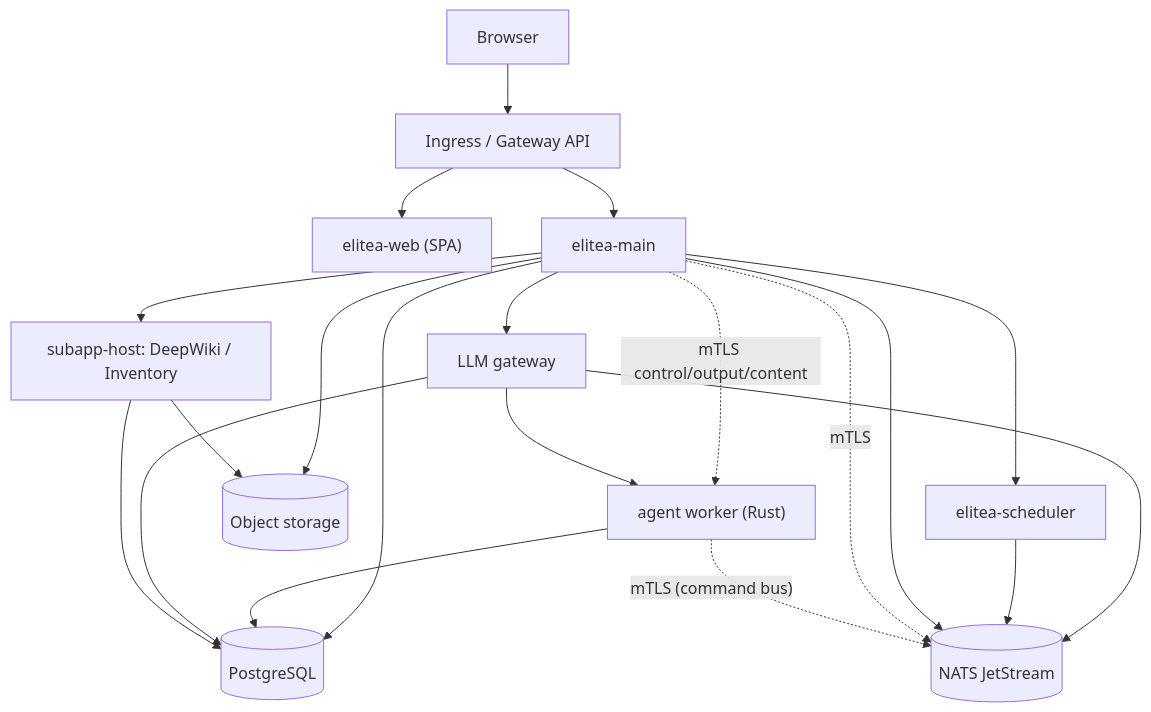
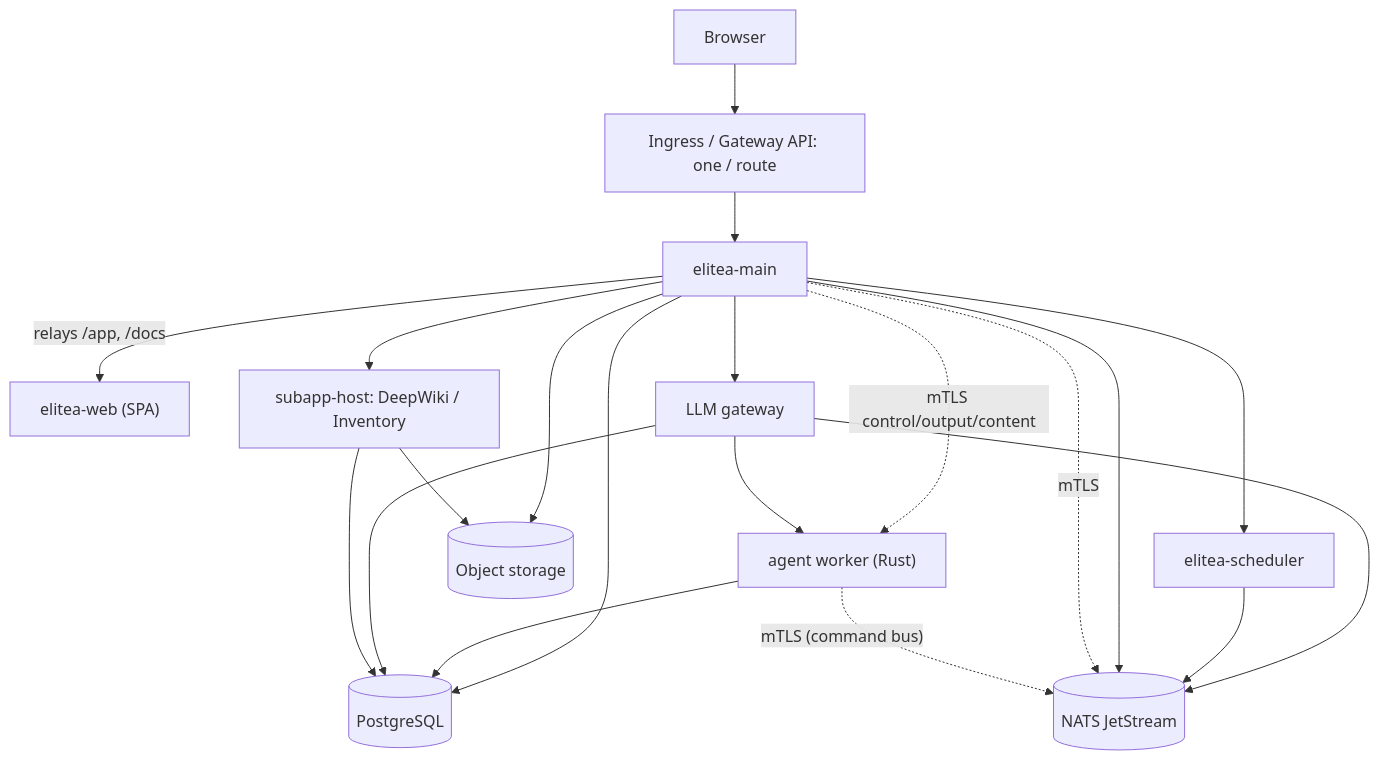
The diagram in apps/elitea-web/src/entries/docs/content/deployment/overview.mdx (elitea-ng/elitea-platform), drawn with Mermaid before and after one commit. The commit also changed other lines of this file and 283 other files, not shown here.

First line of the commit message:
feat(helm)!: one chart (NATS + Qdrant as chart dependencies, optional KEDA), single edge route, whole product by default, GKE + Argo CD guide (#1390)

````diff
--- a/apps/elitea-web/src/entries/docs/content/deployment/overview.mdx
+++ b/apps/elitea-web/src/entries/docs/content/deployment/overview.mdx
@@ -14,27 +14,27 @@
 ```mermaid
 flowchart TB
-    Browser["Browser"] --> Edge["Ingress / Gateway API"]
-    Edge --> Web["elitea-web (SPA)"]
+    Browser["Browser"] --> Edge["Ingress / Gateway API: one / route"]
     Edge --> Main["elitea-main"]
+    Main -->|"relays /app, /docs"| Web["elitea-web (SPA)"]
 
     Main --> Gateway["LLM gateway"]
     Main --> Scheduler["elitea-scheduler"]
     Main --> SubappHost["subapp-host: DeepWiki / Inventory"]
     Main -. mTLS control/output/content .-> Worker["agent worker (Rust)"]
 
     Gateway --> Worker
     Gateway --> NATS[("NATS JetStream")]
     Scheduler --> NATS
 
     Main --> DB[("PostgreSQL")]
     Worker --> DB
     Gateway --> DB
     SubappHost --> DB
 
     Main --> NATS
     Main -. mTLS .-> NATS
     Worker -. "mTLS (command bus)" .-> NATS
 
     Main --> Object[("Object storage")]
     SubappHost --> Object
 ```
````
